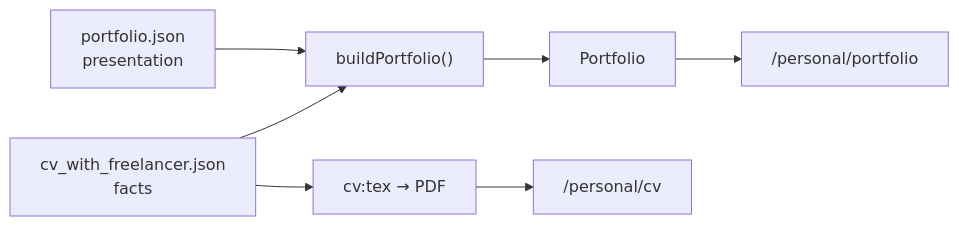
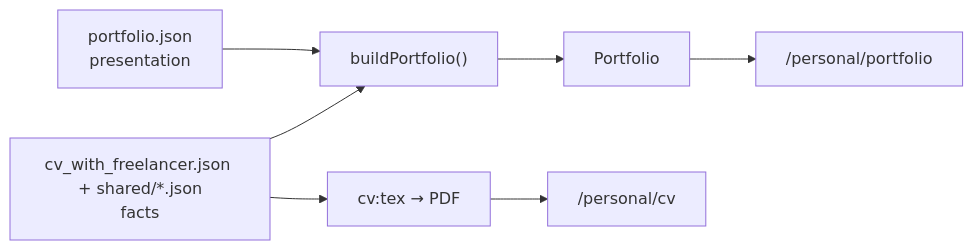
Before and after one commit to DAMHONGDUC/personal-work-space: the third of 3 diagrams in docs/architecture.md, drawn with Mermaid. The commit also changed 16 other files, not shown here.

````diff
--- a/docs/architecture.md
+++ b/docs/architecture.md
@@ -51,7 +51,7 @@
 ```mermaid
 flowchart LR
-  CV["cv_with_freelancer.json<br/>facts"] --> Build["buildPortfolio()"]
+  CV["cv_with_freelancer.json + shared/*.json<br/>facts"] --> Build["buildPortfolio()"]
   Page["portfolio.json<br/>presentation"] --> Build
   Build --> P["Portfolio"] --> Page2["/personal/portfolio"]
   CV --> Tex["cv:tex → PDF"] --> CVPage["/personal/cv"]
 ```
````
